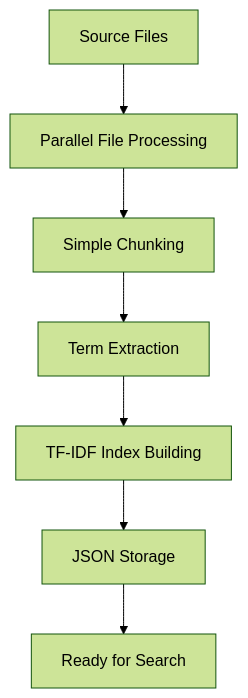
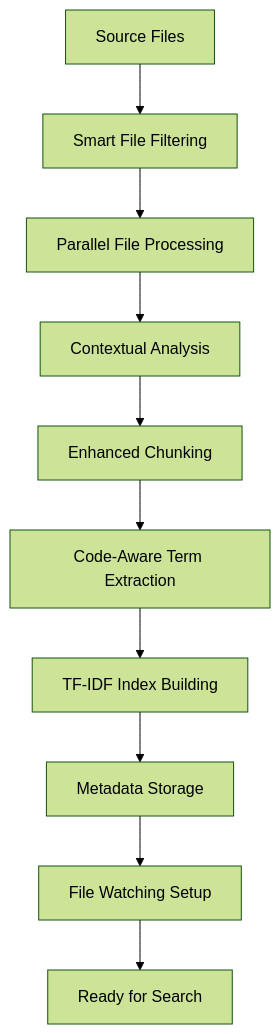
One commit to marshaltudu14/marshal-indexer changed the second of 2 diagrams in ARCHITECTURE.md. Above: the diagram before and after it, drawn with Mermaid (forest theme). The commit also changed other lines of this file and 8 other files, not shown here.

````diff
--- a/ARCHITECTURE.md
+++ b/ARCHITECTURE.md
@@ -56,9 +72,12 @@
 ```mermaid
 graph TD
-    A[Source Files] --> B[Parallel File Processing]
-    B --> C[Simple Chunking]
-    C --> D[Term Extraction]
-    D --> E[TF-IDF Index Building]
-    E --> F[JSON Storage]
-    F --> G[Ready for Search]
+    A[Source Files] --> B[Smart File Filtering]
+    B --> C[Parallel File Processing]
+    C --> D[Contextual Analysis]
+    D --> E[Enhanced Chunking]
+    E --> F[Code-Aware Term Extraction]
+    F --> G[TF-IDF Index Building]
+    G --> H[Metadata Storage]
+    H --> I[File Watching Setup]
+    I --> J[Ready for Search]
 ```
````
